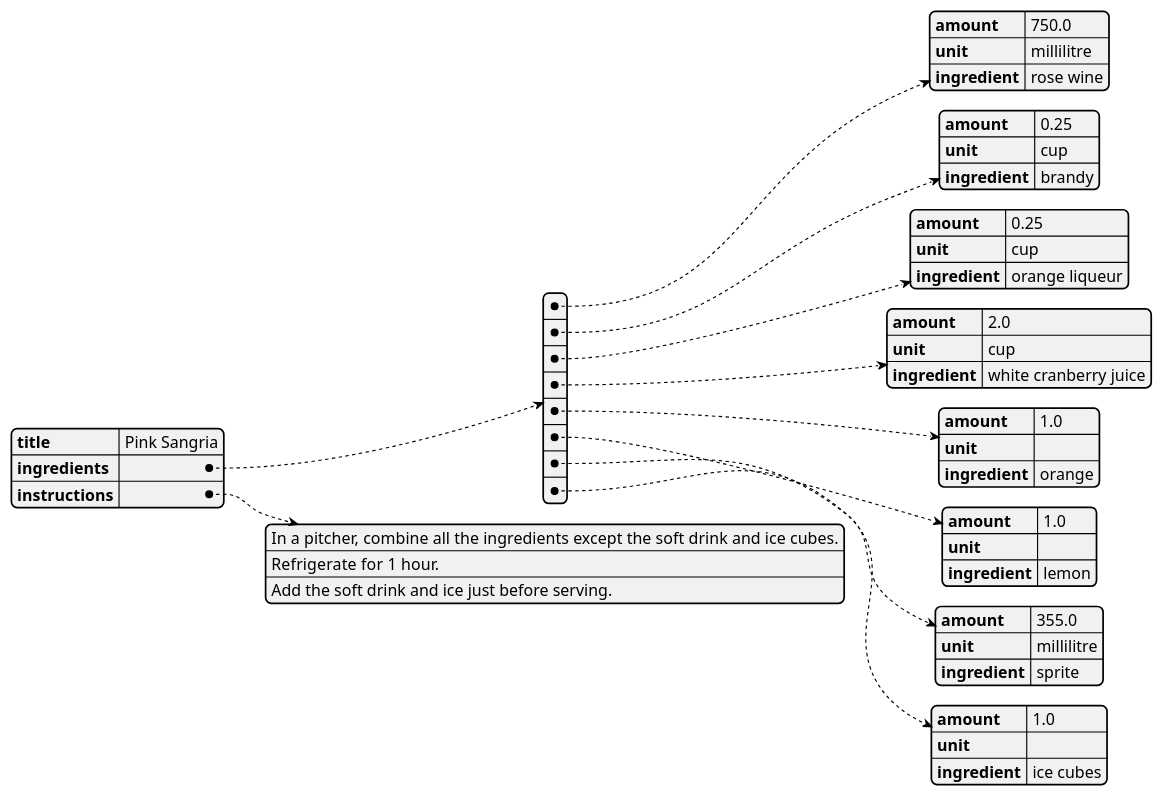
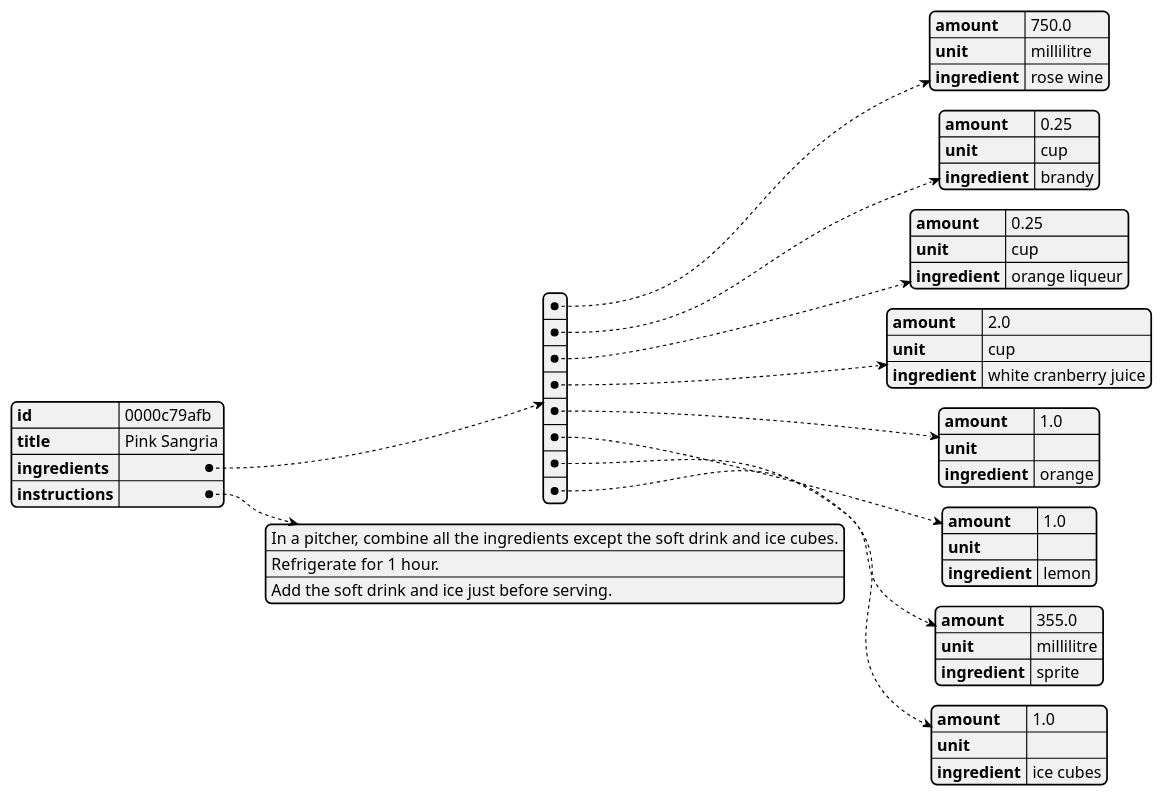
One commit to mscholl96/mad-recime changed the diagram in data/recipe1M/parser/uml/data_structure.puml. Above: the diagram before and after it, drawn with PlantUML. The commit also changed 2 other files, not shown here.

Commit message:
Architectural overview and some minor plotting changes

```diff
--- a/data/recipe1M/parser/uml/data_structure.puml
+++ b/data/recipe1M/parser/uml/data_structure.puml
@@ -1,52 +1,53 @@
 @startjson
 {
+"id": "0000c79afb",
 "title": "Pink Sangria",
         "ingredients": [
             {
                 "amount": 750.0,
                 "unit": "millilitre",
                 "ingredient": "rose wine"
             },
             {
                 "amount": 0.25,
                 "unit": "cup",
                 "ingredient": "brandy"
             },
             {
                 "amount": 0.25,
                 "unit": "cup",
                 "ingredient": "orange liqueur"
             },
             {
                 "amount": 2.0,
                 "unit": "cup",
                 "ingredient": "white cranberry juice"
             },
             {
                 "amount": 1.0,
                 "unit": "",
                 "ingredient": "orange"
             },
             {
                 "amount": 1.0,
                 "unit": "",
                 "ingredient": "lemon"
             },
             {
                 "amount": 355.0,
                 "unit": "millilitre",
                 "ingredient": "sprite"
             },
             {
                 "amount": 1.0,
                 "unit": "",
                 "ingredient": "ice cubes"
             }
         ],
         "instructions": [
             "In a pitcher, combine all the ingredients except the soft drink and ice cubes.",
             "Refrigerate for 1 hour.",
             "Add the soft drink and ice just before serving."
         ]
 }
 @endjson
```
